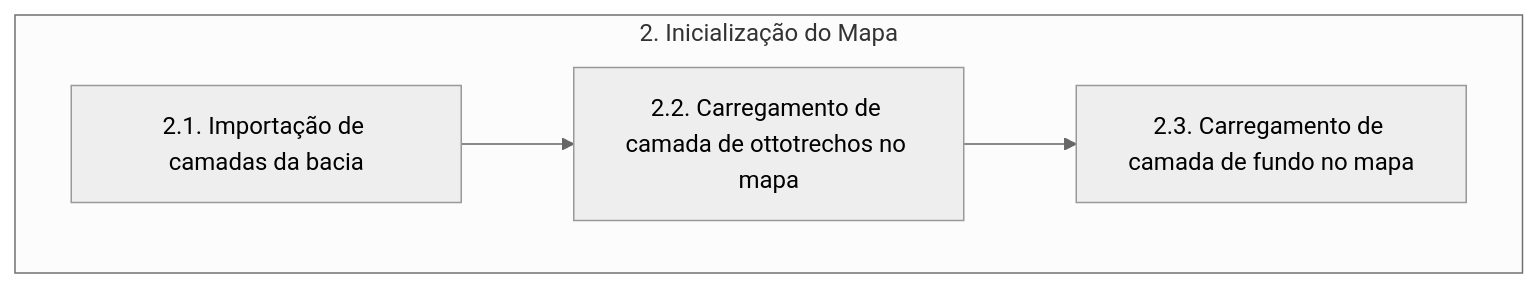
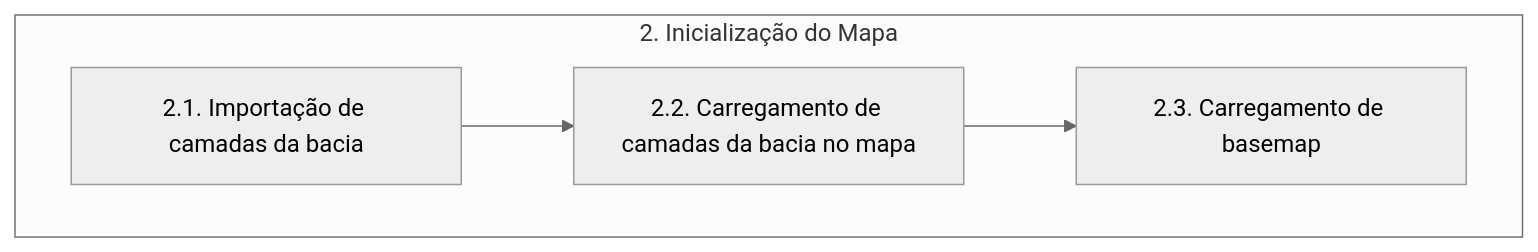
The third of 6 diagrams in pyqgis/documentacao.md (brunoguterres/ParaibaHidroGIS), drawn with Mermaid (neutral theme) before and after one commit. The commit also changed other lines of this file and 5 other files, not shown here.

````diff
--- a/pyqgis/documentacao.md
+++ b/pyqgis/documentacao.md
@@ -130,7 +128,7 @@
 ```mermaid
     flowchart TD
     subgraph A[2. Inicialização do Mapa]
-        B[2.1. Importação de camadas da bacia] --> C[2.2. Carregamento de camada de ottotrechos no mapa];
-        C --> D[2.3. Carregamento de camada de fundo no mapa]
+        B[2.1. Importação de camadas da bacia] --> C[2.2. Carregamento de camadas da bacia no mapa];
+        C --> D[2.3. Carregamento de basemap]
     end
 ```
````
